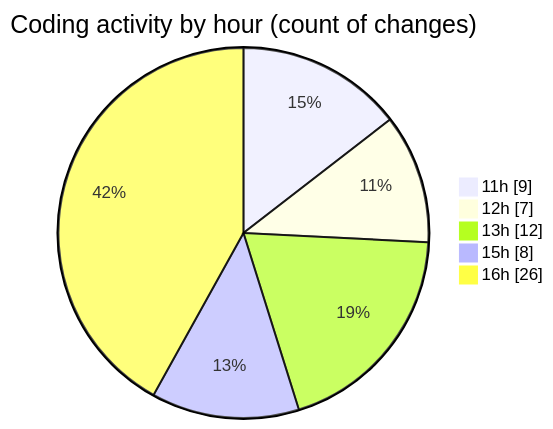
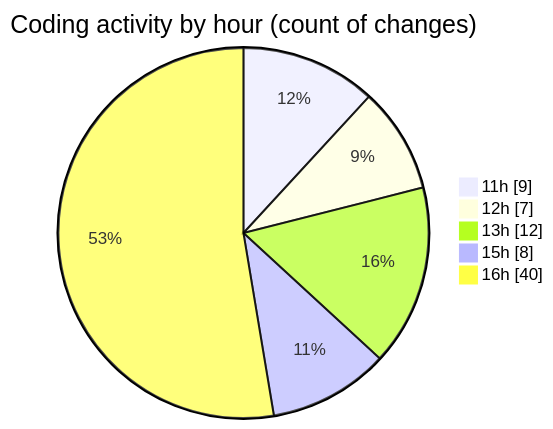
The second of 2 diagrams in 2025-08-07/ribbon/README.md (EIIisD/code-tracking), drawn with Mermaid before and after one commit. The commit also changed other lines of this file and 1 other file, not shown here.

````diff
--- a/2025-08-07/ribbon/README.md
+++ b/2025-08-07/ribbon/README.md
@@ -48,9 +48,9 @@
 ```mermaid
 pie showData
 title Coding activity by hour (count of changes)
 "11h" : 9
 "12h" : 7
 "13h" : 12
 "15h" : 8
-"16h" : 26
+"16h" : 40
 ```
````
